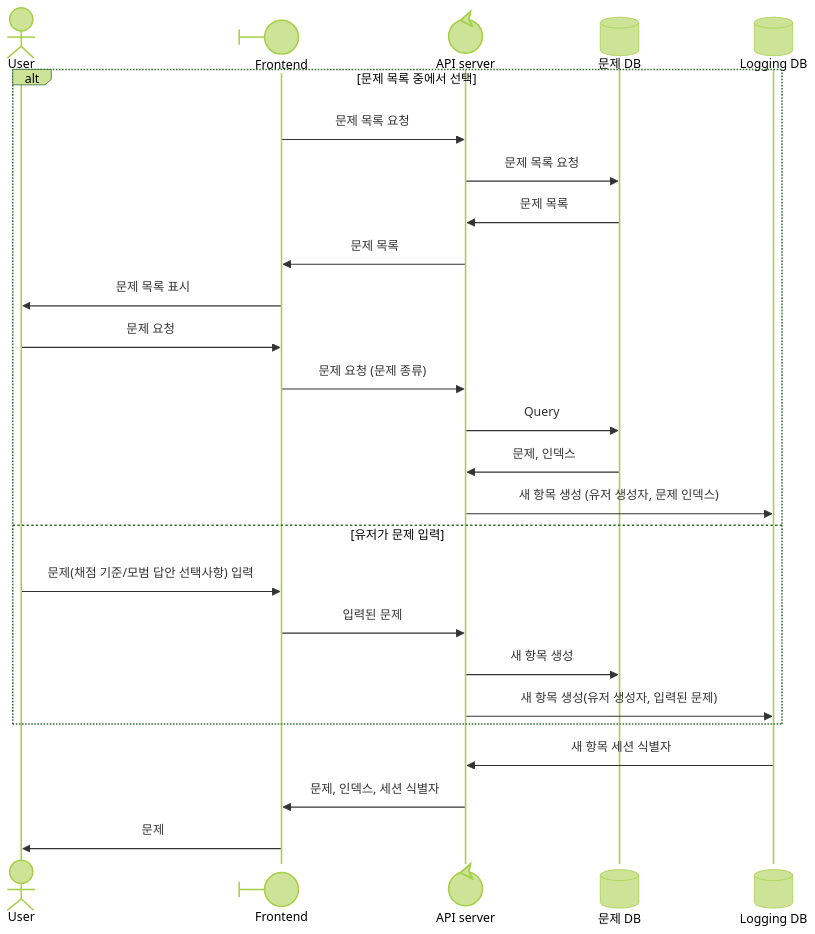
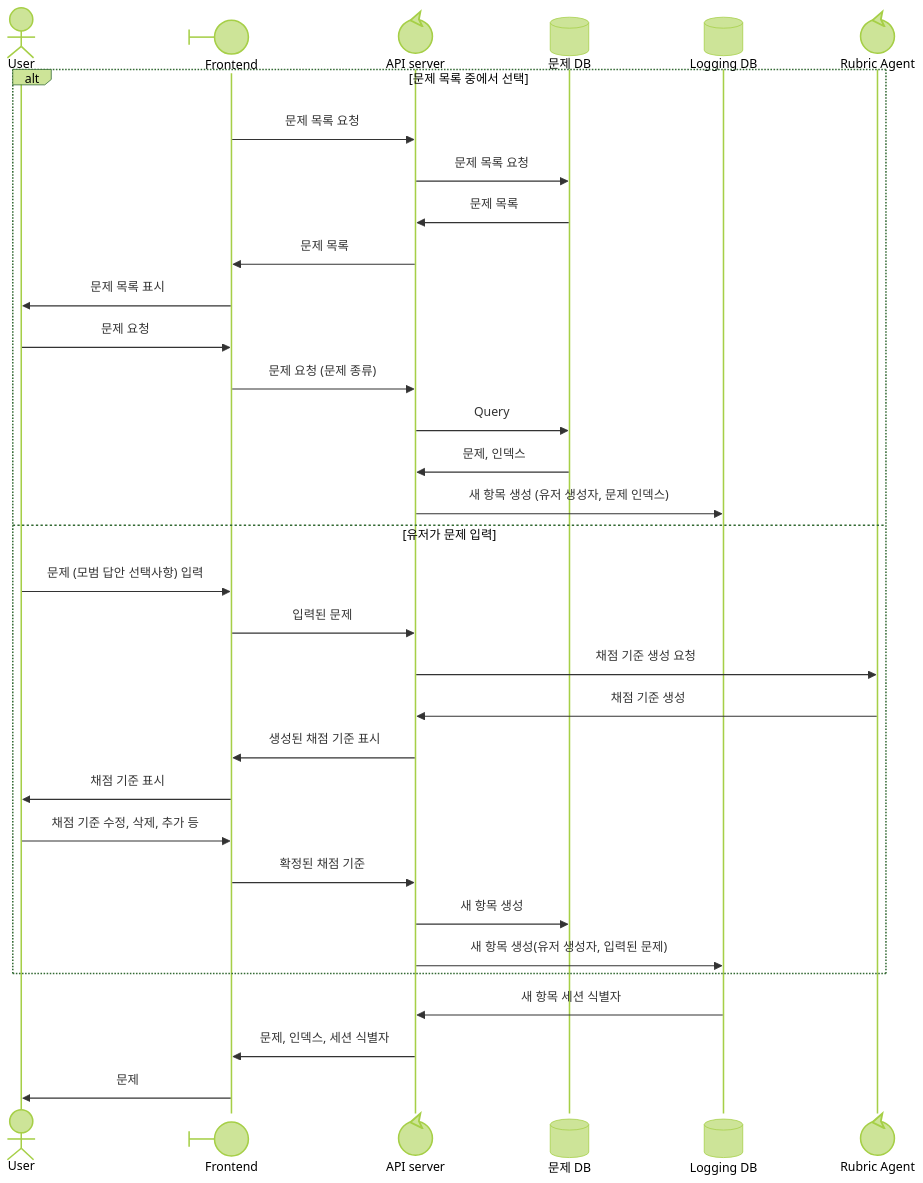
Before and after one commit to bookyoulove/paragraphy: the second of 5 diagrams in 설계문서/시퀀스 다이어그램.md, drawn with Mermaid (forest theme). The commit also changed 3 other files, not shown here.

````diff
--- a/설계문서/시퀀스 다이어그램.md
+++ b/설계문서/시퀀스 다이어그램.md
@@ -24,28 +24,35 @@
 ```mermaid
 sequenceDiagram
     actor User
     participant Frontend@{ "type" : "boundary" }
     participant API@{ "type" : "control" , alias: "API server"}
     participant problem@{ "type" : "database" , alias: "문제 DB"}
     participant log@{ "type" : "database" , alias: "Logging DB"}
+    participant rubric@{ "type" : "control", alias: "Rubric Agent" }
     alt 문제 목록 중에서 선택
     Frontend->>API:문제 목록 요청
     API->>problem:문제 목록 요청
     problem->>API: 문제 목록
     API->>Frontend: 문제 목록
     Frontend->>User:문제 목록 표시
     User->>Frontend:문제 요청
     Frontend->>API:문제 요청 (문제 종류)
     API->>problem: Query
     problem->>API: 문제, 인덱스
     API->>log: 새 항목 생성 (유저 생성자, 문제 인덱스)
-    else유저가 문제 입력
-    User->>Frontend: 문제(채점 기준/모범 답안 선택사항) 입력
+    else 유저가 문제 입력
+    User->>Frontend: 문제 (모범 답안 선택사항) 입력
     Frontend->>API: 입력된 문제
+    API->>rubric: 채점 기준 생성 요청
+    rubric->>API: 채점 기준 생성
+    API->>Frontend: 생성된 채점 기준 표시
+    Frontend->>User: 채점 기준 표시
+    User->>Frontend: 채점 기준 수정, 삭제, 추가 등
+    Frontend->>API: 확정된 채점 기준
     API->>problem: 새 항목 생성
     API->>log: 새 항목 생성(유저 생성자, 입력된 문제)
     end
     log->>API: 새 항목 세션 식별자
     API->>Frontend: 문제, 인덱스, 세션 식별자
     Frontend->>User: 문제
 ```
````
